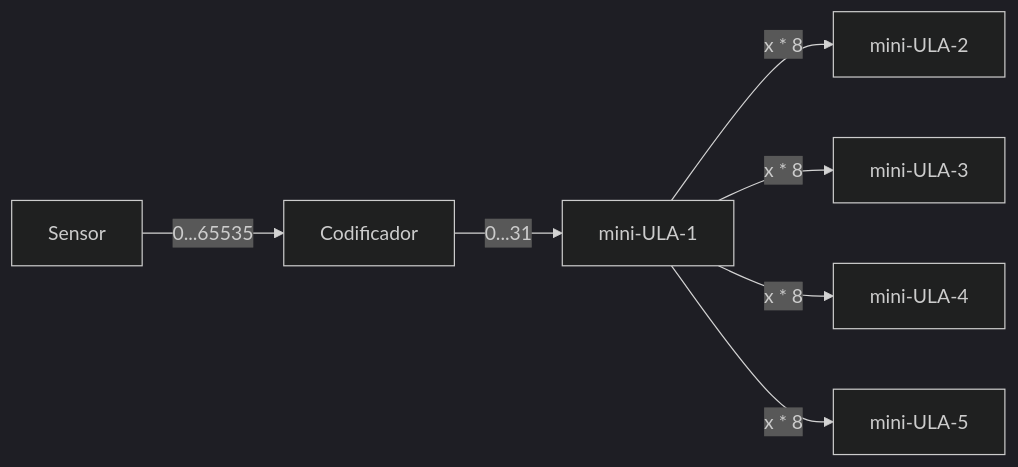
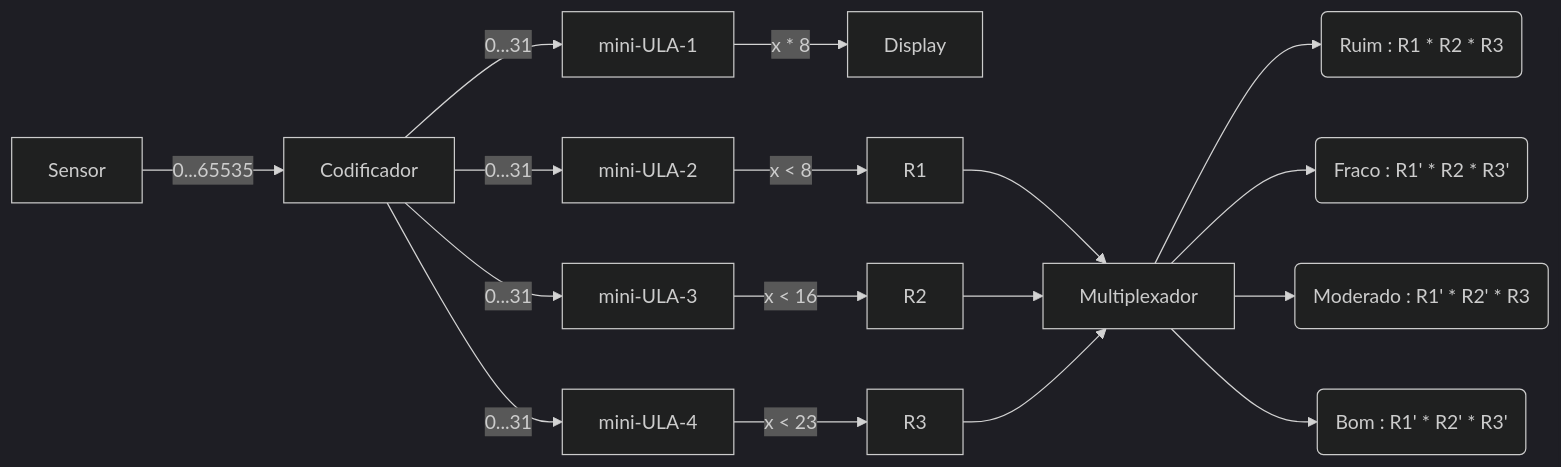
One commit to Enzo0100/Solar-Quality changed the diagram in README.md. Above: the diagram before and after it, drawn with Mermaid (dark theme). The commit also changed other lines of this file, not shown here.

````diff
--- a/README.md
+++ b/README.md
@@ -56,10 +56,20 @@
 ```mermaid
 
-graph LR;
+graph LR; 
     Sensor-->|0...65535|Codificador;
     Codificador-->|0...31|mini-ULA-1
-    mini-ULA-1-->|x * 8|mini-ULA-2
-    mini-ULA-1-->|x * 8|mini-ULA-3
-    mini-ULA-1-->|x * 8|mini-ULA-4
-    mini-ULA-1-->|x * 8|mini-ULA-5
+    Codificador-->|0...31|mini-ULA-2
+    Codificador-->|0...31|mini-ULA-3
+    Codificador-->|0...31|mini-ULA-4
+    mini-ULA-1-->|x * 8|Display
+    mini-ULA-2-->|x < 8|R1
+    mini-ULA-3-->|x < 16|R2
+    mini-ULA-4-->|x < 23|R3
+    R1-->Multiplexador
+    R2-->Multiplexador
+    R3-->Multiplexador
+    Multiplexador-->Ruim(Ruim : R1 * R2 * R3)
+    Multiplexador-->Fraco(Fraco : R1' * R2 * R3')
+    Multiplexador-->Moderado(Moderado : R1' * R2' * R3)
+    Multiplexador-->Bom(Bom : R1' * R2' * R3')
 ```
````
